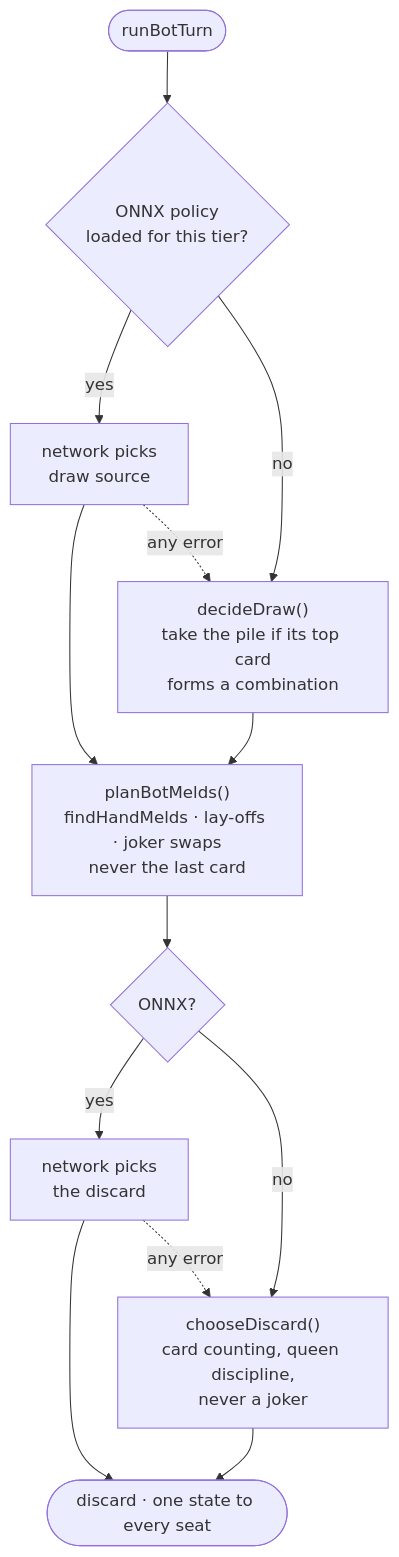
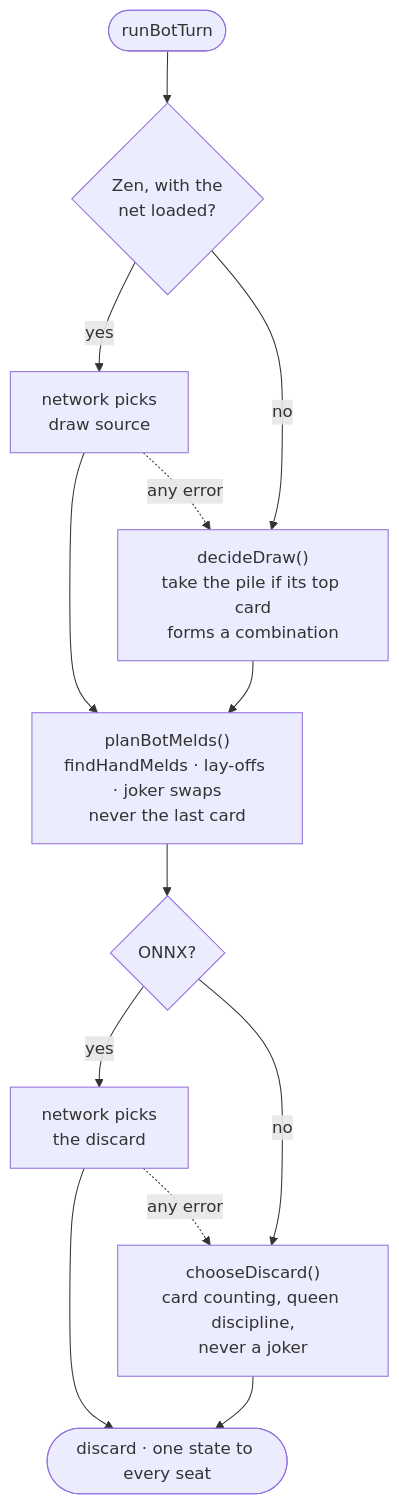
Before and after one commit to floriandeutsch89/pikdame-local: the diagram in docs/developer/bots.md, drawn with Mermaid. The commit also changed other lines of this file and 34 other files, not shown here.

First line of the commit message:
feat: measured bot ladder, turn puzzles with archive, result sharing, landscape melds, spread seating (v2.61.0) (#343)

````diff
--- a/docs/developer/bots.md
+++ b/docs/developer/bots.md
@@ -11,13 +31,13 @@
 ```mermaid
 flowchart TD
-  T([runBotTurn]) --> Q{ONNX policy<br/>loaded for this tier?}
+  T([runBotTurn]) --> Q{Zen, with the<br/>net loaded?}
   Q -- yes --> N["network picks<br/>draw source"]
   Q -- no --> H["decideDraw()<br/>take the pile if its top card<br/>forms a combination"]
   N & H --> M["planBotMelds()<br/>findHandMelds · lay-offs · joker swaps<br/>never the last card"]
   M --> Q2{ONNX?}
   Q2 -- yes --> N2["network picks<br/>the discard"]
   Q2 -- no --> H2["chooseDiscard()<br/>card counting, queen discipline,<br/>never a joker"]
   N2 & H2 --> D([discard · one state to every seat])
   N -. any error .-> H
   N2 -. any error .-> H2
 ```
````
